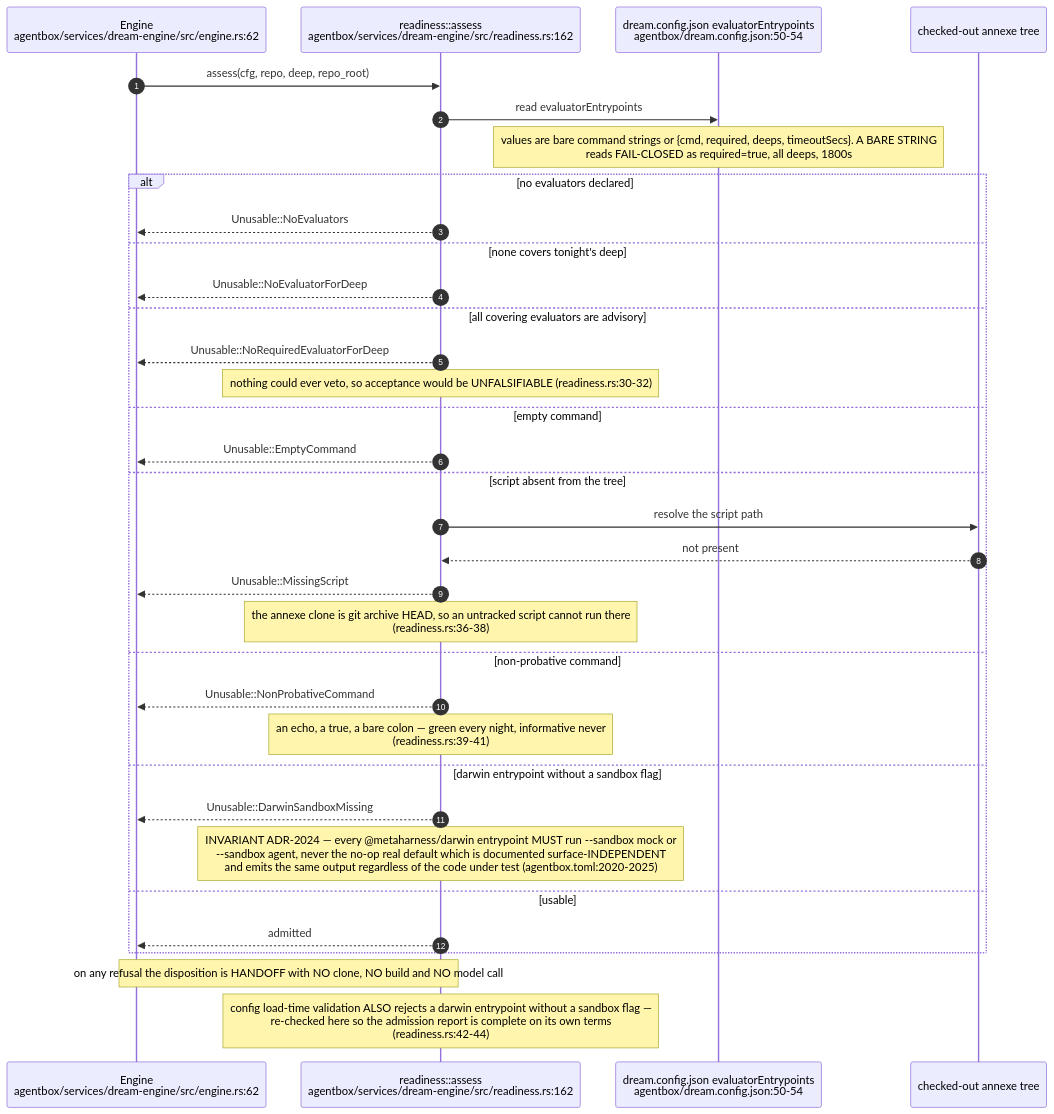
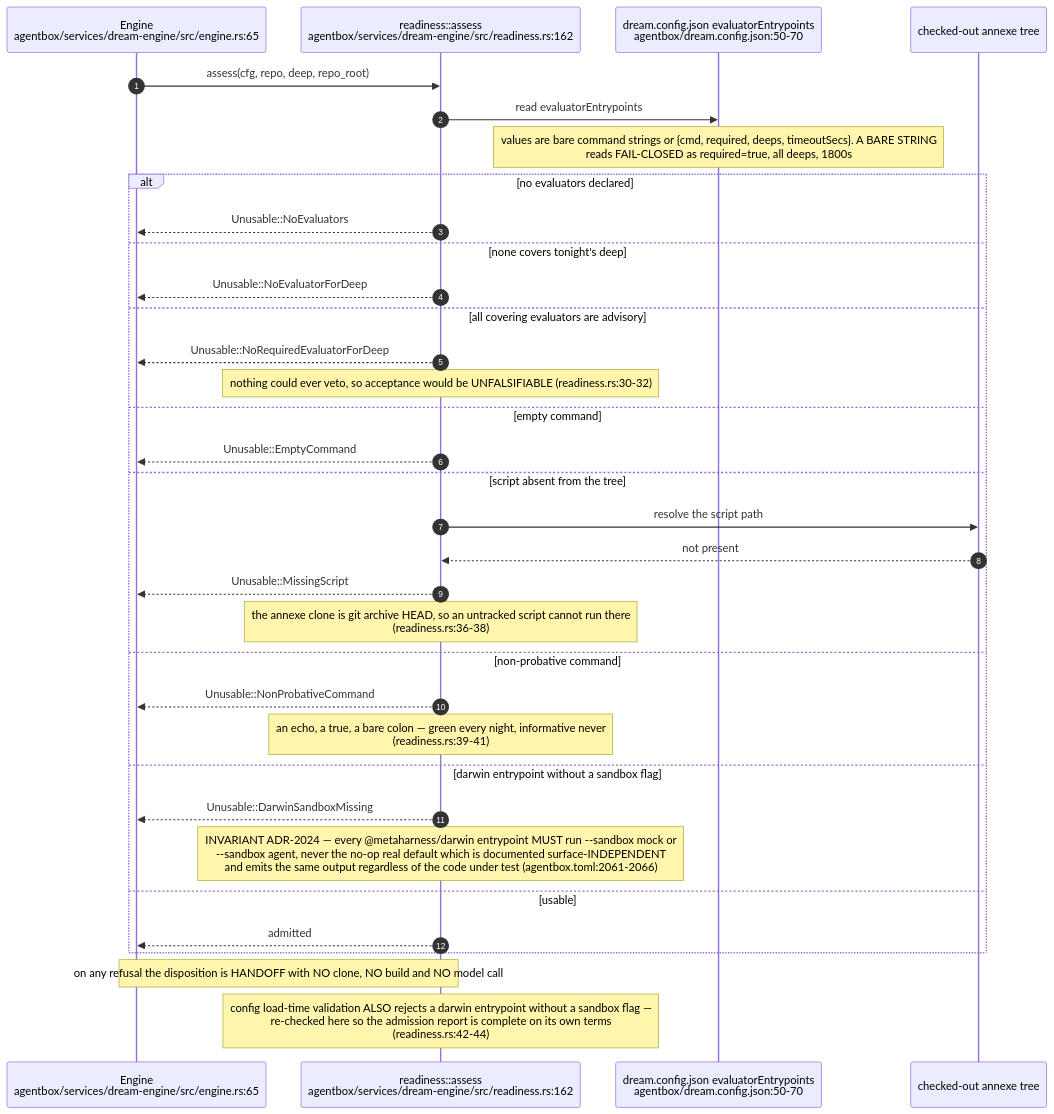
One commit to DreamLab-AI/VisionFlow changed the third of 18 diagrams in docs/diagrams/agentbox/23-dream-engine.md. Above: the diagram before and after it, drawn with Mermaid. The commit also changed other lines of this file and 94 other files, not shown here.

First line of the commit message:
docs(diagrams): re-verify 130 topics against 2 October HEADs

````diff
--- a/docs/diagrams/agentbox/23-dream-engine.md
+++ b/docs/diagrams/agentbox/23-dream-engine.md
@@ -171,37 +184,37 @@
 ```mermaid
 sequenceDiagram
     autonumber
-    participant ENG as Engine<br/>agentbox/services/dream-engine/src/engine.rs:62
+    participant ENG as Engine<br/>agentbox/services/dream-engine/src/engine.rs:65
     participant RDY as readiness::assess<br/>agentbox/services/dream-engine/src/readiness.rs:162
-    participant CFG as dream.config.json evaluatorEntrypoints<br/>agentbox/dream.config.json:50-54
+    participant CFG as dream.config.json evaluatorEntrypoints<br/>agentbox/dream.config.json:50-70
     participant TREE as checked-out annexe tree
 
     ENG->>RDY: assess(cfg, repo, deep, repo_root)
     RDY->>CFG: read evaluatorEntrypoints
     Note over CFG: values are bare command strings or {cmd, required, deeps, timeoutSecs}. A BARE STRING<br/>reads FAIL-CLOSED as required=true, all deeps, 1800s
     alt no evaluators declared
         RDY-->>ENG: Unusable::NoEvaluators
     else none covers tonight's deep
         RDY-->>ENG: Unusable::NoEvaluatorForDeep
     else all covering evaluators are advisory
         RDY-->>ENG: Unusable::NoRequiredEvaluatorForDeep
         Note over RDY: nothing could ever veto, so acceptance would be UNFALSIFIABLE (readiness.rs:30-32)
     else empty command
         RDY-->>ENG: Unusable::EmptyCommand
     else script absent from the tree
         RDY->>TREE: resolve the script path
         TREE-->>RDY: not present
         RDY-->>ENG: Unusable::MissingScript
         Note over RDY: the annexe clone is git archive HEAD, so an untracked script cannot run there<br/>(readiness.rs:36-38)
     else non-probative command
         RDY-->>ENG: Unusable::NonProbativeCommand
         Note over RDY: an echo, a true, a bare colon — green every night, informative never<br/>(readiness.rs:39-41)
     else darwin entrypoint without a sandbox flag
         RDY-->>ENG: Unusable::DarwinSandboxMissing
-        Note over RDY: INVARIANT ADR-2024 — every @metaharness/darwin entrypoint MUST run --sandbox mock or<br/>--sandbox agent, never the no-op real default which is documented surface-INDEPENDENT<br/>and emits the same output regardless of the code under test (agentbox.toml:2020-2025)
+        Note over RDY: INVARIANT ADR-2024 — every @metaharness/darwin entrypoint MUST run --sandbox mock or<br/>--sandbox agent, never the no-op real default which is documented surface-INDEPENDENT<br/>and emits the same output regardless of the code under test (agentbox.toml:2061-2066)
     else usable
         RDY-->>ENG: admitted
     end
     Note over ENG,RDY: on any refusal the disposition is HANDOFF with NO clone, NO build and NO model call
     Note over RDY: config load-time validation ALSO rejects a darwin entrypoint without a sandbox flag —<br/>re-checked here so the admission report is complete on its own terms<br/>(readiness.rs:42-44)
 ```
````
